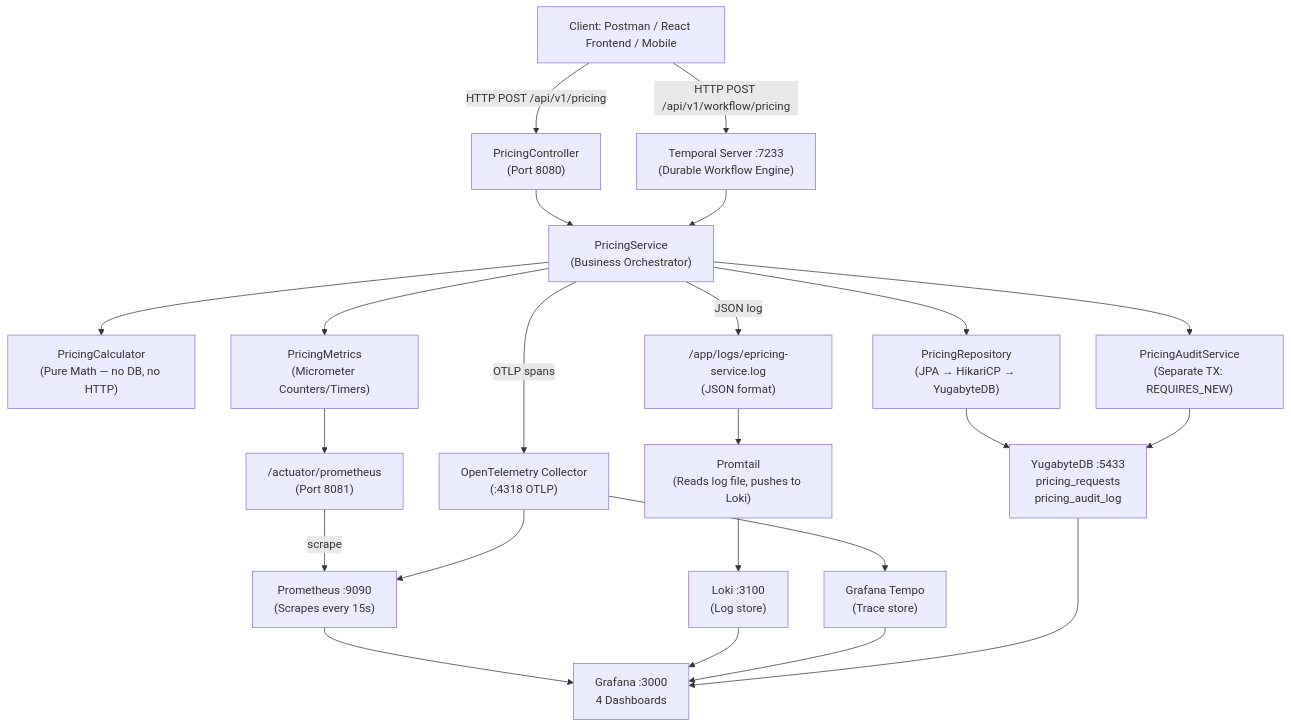
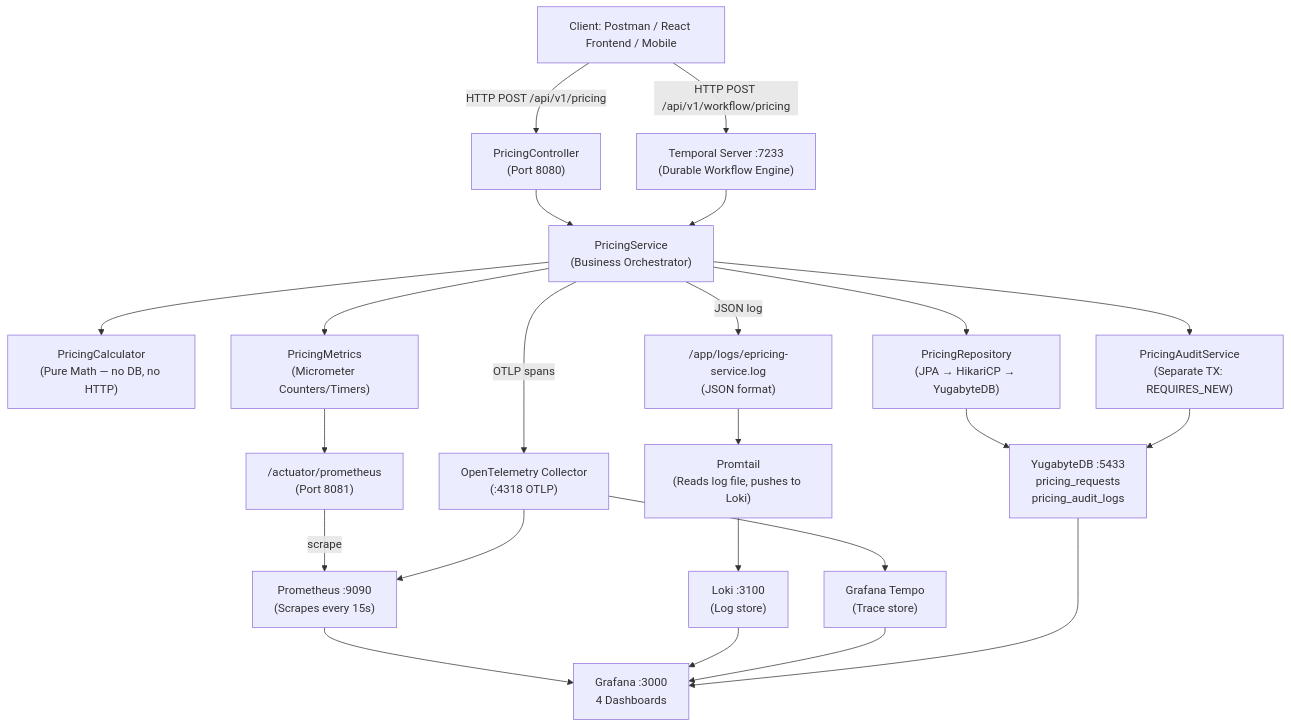
One commit to aroma76/epricing-service changed the diagram in docs/STUDY_GUIDE.md. Above: the diagram before and after it, drawn with Mermaid. The commit also changed other lines of this file and 3 other files, not shown here.

````diff
--- a/docs/STUDY_GUIDE.md
+++ b/docs/STUDY_GUIDE.md
@@ -66,44 +66,44 @@
 ```mermaid
 graph TD
     CLIENT["Client: Postman / React Frontend / Mobile"]
     CTRL["PricingController\n(Port 8080)"]
     SVC["PricingService\n(Business Orchestrator)"]
     CALC["PricingCalculator\n(Pure Math — no DB, no HTTP)"]
     REPO["PricingRepository\n(JPA → HikariCP → YugabyteDB)"]
     AUDIT["PricingAuditService\n(Separate TX: REQUIRES_NEW)"]
-    YUGO["YugabyteDB :5433\npricing_requests\npricing_audit_log"]
+    YUGO["YugabyteDB :5433\npricing_requests\npricing_audit_logs"]
     METRICS["PricingMetrics\n(Micrometer Counters/Timers)"]
     ACTUATOR["/actuator/prometheus\n(Port 8081)"]
     LOGFILE["/app/logs/epricing-service.log\n(JSON format)"]
     OTELCOL["OpenTelemetry Collector\n(:4318 OTLP)"]
     PROM["Prometheus :9090\n(Scrapes every 15s)"]
     LOKI["Loki :3100\n(Log store)"]
     TEMPO["Grafana Tempo\n(Trace store)"]
     PROMTAIL["Promtail\n(Reads log file, pushes to Loki)"]
     GRAFANA["Grafana :3000\n4 Dashboards"]
     TEMPORAL["Temporal Server :7233\n(Durable Workflow Engine)"]
 
     CLIENT -->|"HTTP POST /api/v1/pricing"| CTRL
     CTRL --> SVC
     SVC --> CALC
     SVC --> REPO
     SVC --> AUDIT
     SVC --> METRICS
     REPO --> YUGO
     AUDIT --> YUGO
     METRICS --> ACTUATOR
     SVC -->|"OTLP spans"| OTELCOL
     ACTUATOR -->|"scrape"| PROM
     SVC -->|"JSON log"| LOGFILE
     LOGFILE --> PROMTAIL
     PROMTAIL --> LOKI
     OTELCOL --> TEMPO
     OTELCOL --> PROM
     PROM --> GRAFANA
     LOKI --> GRAFANA
     TEMPO --> GRAFANA
     YUGO --> GRAFANA
 
     CLIENT -->|"HTTP POST /api/v1/workflow/pricing"| TEMPORAL
     TEMPORAL --> SVC
 ```
````
